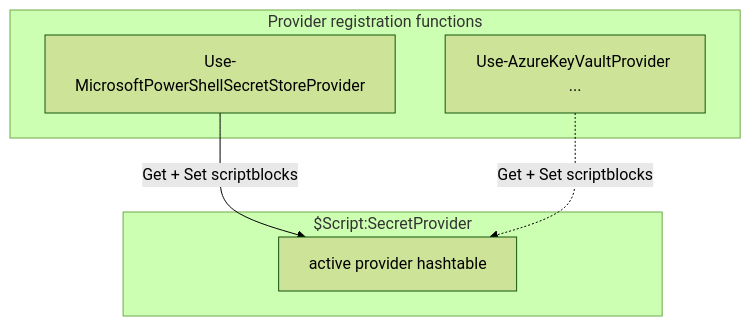
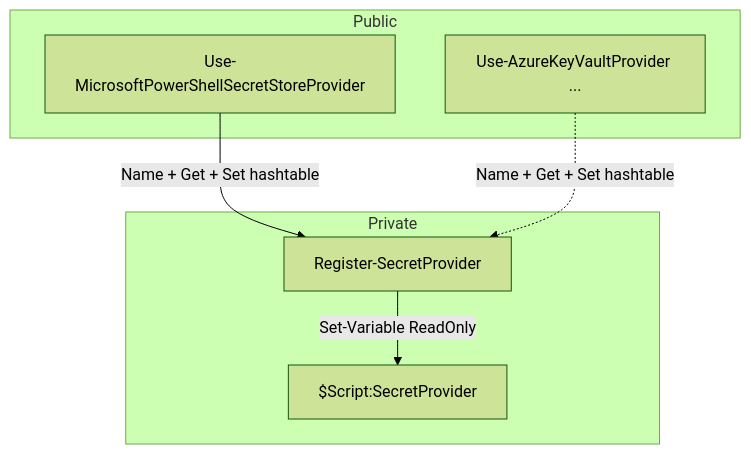
One commit to VitaliiAndreev/Infrastructure-Secrets changed the second of 3 diagrams in docs/dev/implementation/01 - initial implementation/plan.md. Above: the diagram before and after it, drawn with Mermaid (forest theme). The commit also changed other lines of this file and 9 other files, not shown here.

````diff
--- a/docs/dev/implementation/01 - initial implementation/plan.md
+++ b/docs/dev/implementation/01 - initial implementation/plan.md
@@ -131,13 +180,15 @@
 ```mermaid
 graph TD
-    subgraph Providers["Provider registration functions"]
+    subgraph Public["Public"]
         USS[Use-MicrosoftPowerShellSecretStoreProvider]
         UAK[Use-AzureKeyVaultProvider ...]
     end
-    subgraph Private["$Script:SecretProvider"]
-        SP[active provider hashtable]
+    subgraph Private["Private"]
+        RSP[Register-SecretProvider]
+        SP[$Script:SecretProvider]
     end
 
-    USS -->|Get + Set scriptblocks| SP
-    UAK -.->|Get + Set scriptblocks| SP
+    USS -->|Name + Get + Set hashtable| RSP
+    UAK -.->|Name + Get + Set hashtable| RSP
+    RSP -->|Set-Variable ReadOnly| SP
 ```
````
